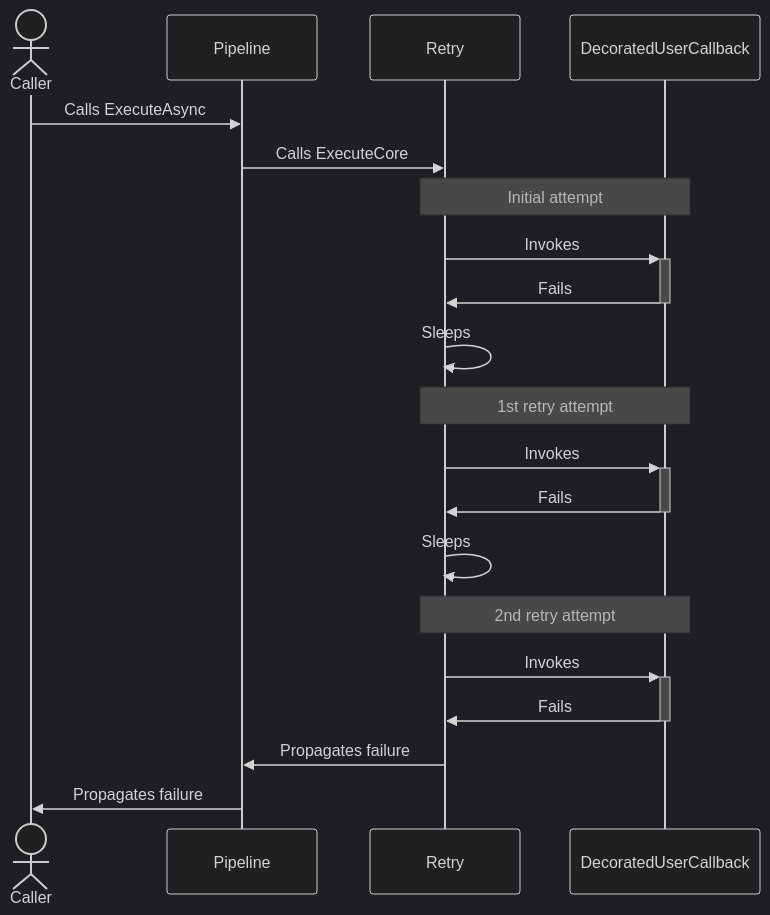
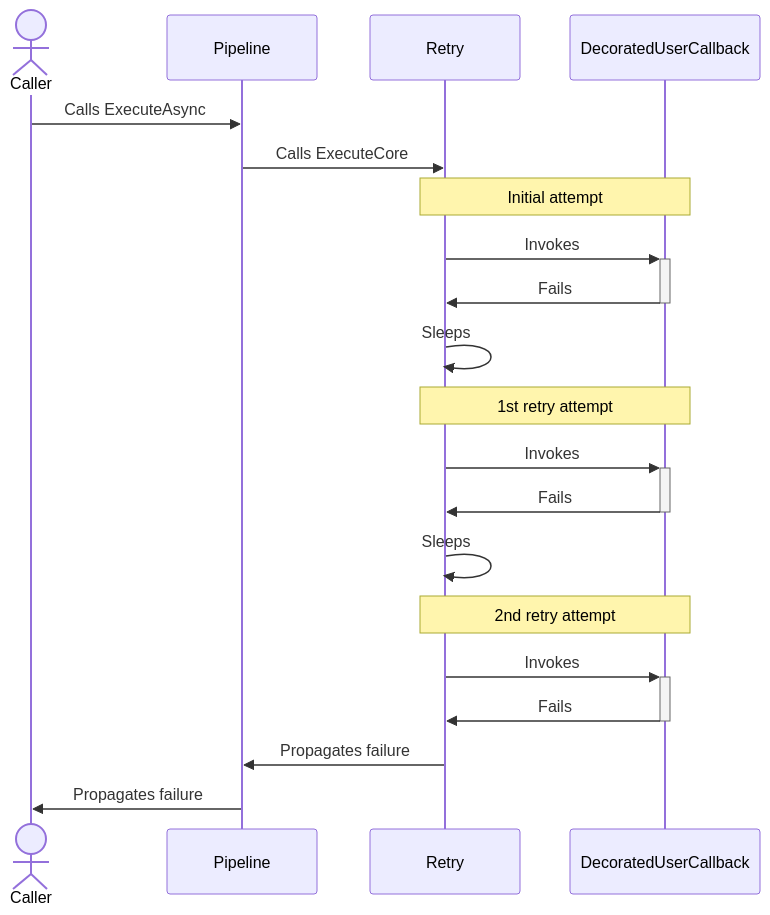
One commit to App-vNext/Polly changed the second of 2 diagrams in docs/strategies/retry.md. Above: the diagram before and after it, drawn with Mermaid. The commit also changed other lines of this file and 5 other files, not shown here.

````diff
--- a/docs/strategies/retry.md
+++ b/docs/strategies/retry.md
@@ -136,24 +135,23 @@
 ```mermaid
-%%{init: {'theme':'dark'}}%%
 sequenceDiagram
     actor C as Caller
     participant P as Pipeline
     participant R as Retry
     participant D as DecoratedUserCallback
 
     C->>P: Calls ExecuteAsync
     P->>R: Calls ExecuteCore
     Note over R,D: Initial attempt
     R->>+D: Invokes
     D->>-R: Fails
     R->>R: Sleeps
     Note over R,D: 1st retry attempt
     R->>+D: Invokes
     D->>-R: Fails
     R->>R: Sleeps
     Note over R,D: 2nd retry attempt
     R->>+D: Invokes
     D->>-R: Fails
     R->>P: Propagates failure
     P->>C: Propagates failure
 ```
````
